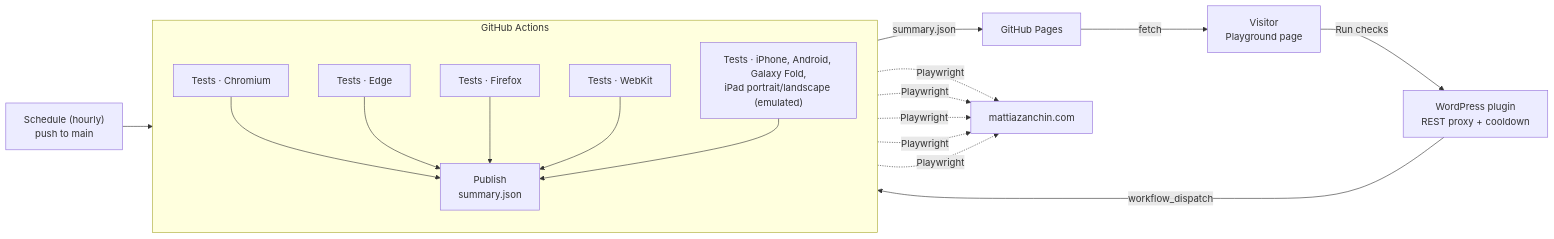
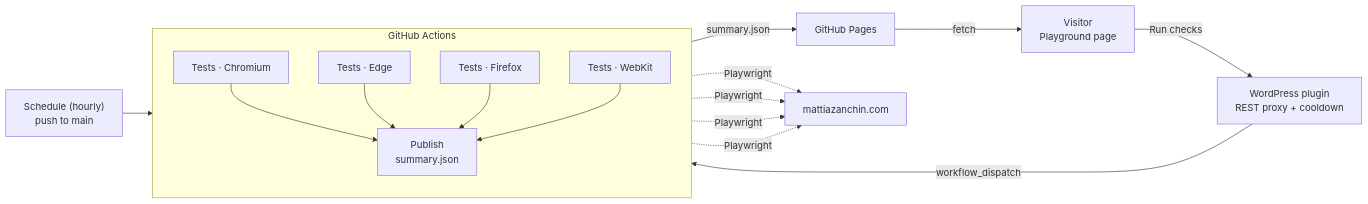
The diagram in README.md (MattiaZanchin94/website-quality-lab), drawn with Mermaid before and after one commit. The commit also changed other lines of this file and 5 other files, not shown here.

````diff
--- a/README.md
+++ b/README.md
@@ -16,13 +16,13 @@
 ```mermaid
 flowchart LR
     V["Visitor<br/>Playground page"] -- "Run checks" --> WP["WordPress plugin<br/>REST proxy + cooldown"]
     WP -- "workflow_dispatch" --> GA
     S["Schedule (hourly)<br/>push to main"] --> GA
     subgraph GA["GitHub Actions"]
         direction TB
-        T1["Tests · Chromium"] & T4["Tests · Edge"] & T2["Tests · Firefox"] & T3["Tests · WebKit"] & T5["Tests · iPhone, Android, Galaxy Fold,<br/>iPad portrait/landscape (emulated)"] --> P["Publish<br/>summary.json"]
+        T1["Tests · Chromium"] & T4["Tests · Edge"] & T2["Tests · Firefox"] & T3["Tests · WebKit"] --> P["Publish<br/>summary.json"]
     end
     P -- "summary.json" --> GP["GitHub Pages"]
     GP -- "fetch" --> V
-    T1 & T4 & T2 & T3 & T5 -. "Playwright" .-> SITE["mattiazanchin.com"]
+    T1 & T4 & T2 & T3 -. "Playwright" .-> SITE["mattiazanchin.com"]
 ```
````
